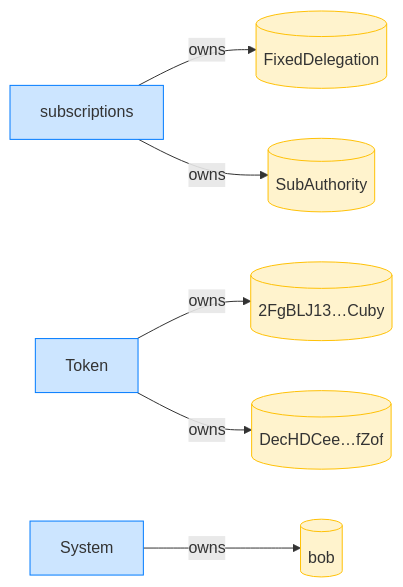
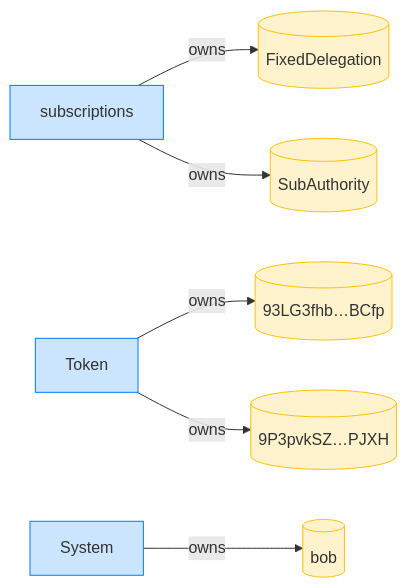
Before and after one commit to cds-rs/subscriptions: diagram 12 of 12 in dsl_tests/fixed-transfer-cannot-exceed-the-allowance-across-pulls.md, drawn with Mermaid. The commit also changed other lines of this file and 224 other files, not shown here.

````diff
--- a/dsl_tests/fixed-transfer-cannot-exceed-the-allowance-across-pulls.md
+++ b/dsl_tests/fixed-transfer-cannot-exceed-the-allowance-across-pulls.md
@@ -232,18 +246,18 @@
 ```mermaid
 flowchart LR
     classDef owner fill:#cce5ff,stroke:#007bff;
     classDef account fill:#fff3cd,stroke:#ffc107;
     subscriptions[subscriptions]:::owner
     FixedDelegation[(FixedDelegation)]:::account
     SubAuthority[(SubAuthority)]:::account
     Token[Token]:::owner
-    2FgBLJ13_Cuby[("2FgBLJ13…Cuby")]:::account
-    DecHDCee_fZof[("DecHDCee…fZof")]:::account
+    93LG3fhb_BCfp[("93LG3fhb…BCfp")]:::account
+    9P3pvkSZ_PJXH[("9P3pvkSZ…PJXH")]:::account
     System[System]:::owner
     bob[(bob)]:::account
     subscriptions -->|owns| FixedDelegation
     subscriptions -->|owns| SubAuthority
-    Token -->|owns| 2FgBLJ13_Cuby
-    Token -->|owns| DecHDCee_fZof
+    Token -->|owns| 93LG3fhb_BCfp
+    Token -->|owns| 9P3pvkSZ_PJXH
     System -->|owns| bob
 ```
````
